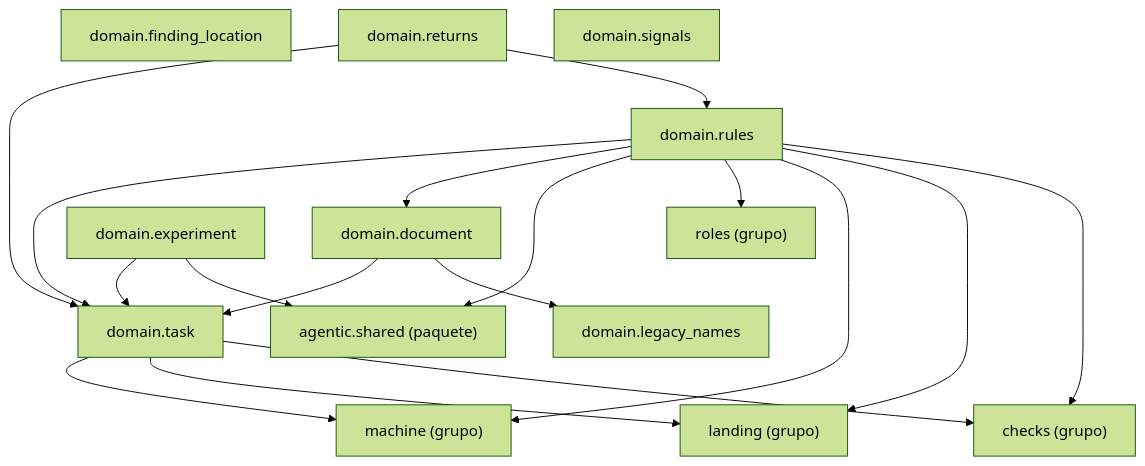
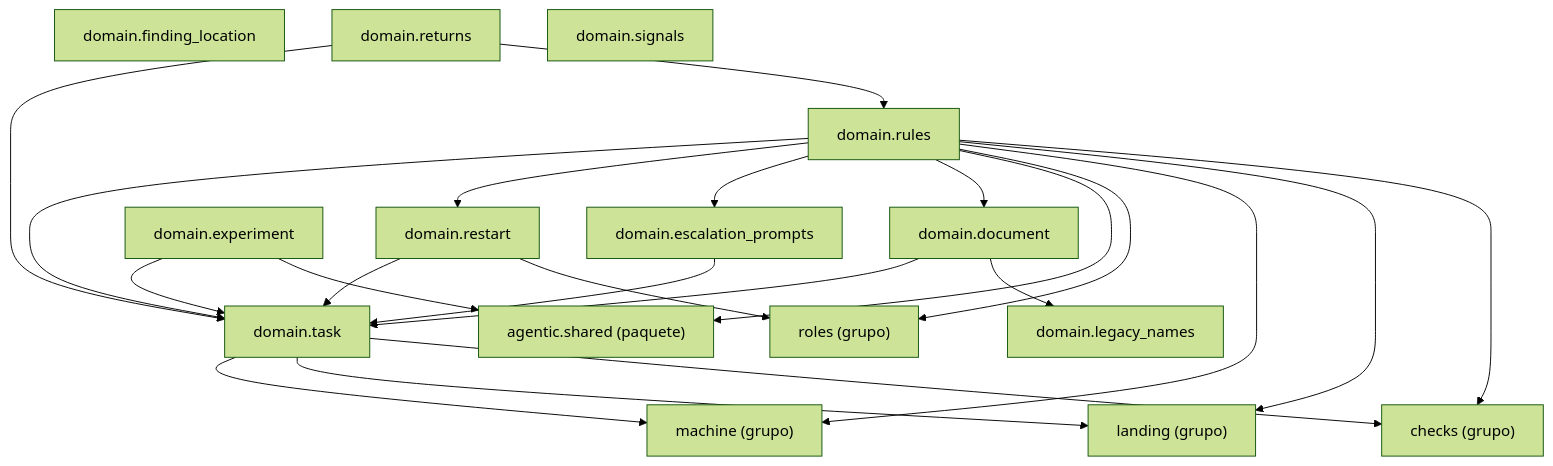
The diagram in docs/architecture/generated/packages-process-domain-state.md (GonzaloZevallos/agentic-system), drawn with Mermaid (forest theme) before and after one commit. The commit also changed 7 other files, not shown here.

Commit message:
Register the restart and escalation_prompts modules in the docs clusters and regenerate (GH-593)

````diff
--- a/docs/architecture/generated/packages-process-domain-state.md
+++ b/docs/architecture/generated/packages-process-domain-state.md
@@ -11,32 +11,39 @@
 ```mermaid
 graph TD
     g_domain__checks["checks (grupo)"]
     g_domain__landing["landing (grupo)"]
     g_domain__machine["machine (grupo)"]
     g_domain__roles["roles (grupo)"]
     g_pkg__agentic__shared["agentic.shared (paquete)"]
     m_domain__document["domain.document"]
+    m_domain__escalation_prompts["domain.escalation_prompts"]
     m_domain__experiment["domain.experiment"]
     m_domain__finding_location["domain.finding_location"]
     m_domain__legacy_names["domain.legacy_names"]
+    m_domain__restart["domain.restart"]
     m_domain__returns["domain.returns"]
     m_domain__rules["domain.rules"]
     m_domain__signals["domain.signals"]
     m_domain__task["domain.task"]
     m_domain__document --> m_domain__legacy_names
     m_domain__document --> m_domain__task
+    m_domain__escalation_prompts --> m_domain__task
     m_domain__experiment --> g_pkg__agentic__shared
     m_domain__experiment --> m_domain__task
+    m_domain__restart --> g_domain__roles
+    m_domain__restart --> m_domain__task
     m_domain__returns --> m_domain__rules
     m_domain__returns --> m_domain__task
     m_domain__rules --> g_domain__checks
     m_domain__rules --> g_domain__landing
     m_domain__rules --> g_domain__machine
     m_domain__rules --> g_domain__roles
     m_domain__rules --> g_pkg__agentic__shared
     m_domain__rules --> m_domain__document
+    m_domain__rules --> m_domain__escalation_prompts
+    m_domain__rules --> m_domain__restart
     m_domain__rules --> m_domain__task
     m_domain__task --> g_domain__checks
     m_domain__task --> g_domain__landing
     m_domain__task --> g_domain__machine
 ```
````
